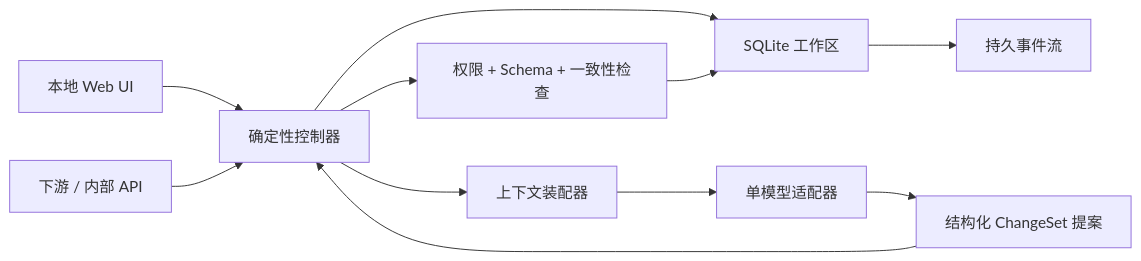
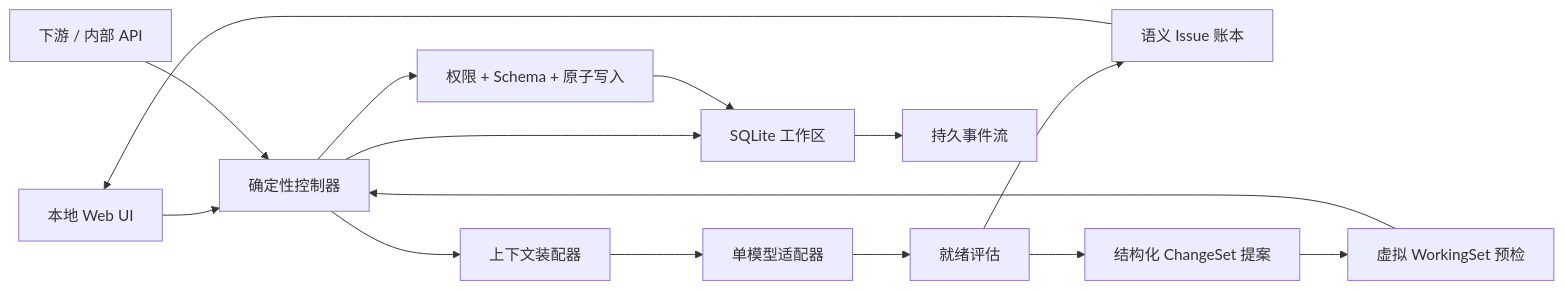
One commit to Octmoe/TreeDiagram changed the third of 3 diagrams in V1_SPEC.md. Above: the diagram before and after it, drawn with Mermaid. The commit also changed other lines of this file and 4 other files, not shown here.

Commit message:
docs: define clarification-aware workflow architecture

````diff
--- a/V1_SPEC.md
+++ b/V1_SPEC.md
@@ -337,13 +337,17 @@
 ```mermaid
 flowchart LR
   UI["本地 Web UI"] --> C["确定性控制器"]
   API["下游 / 内部 API"] --> C
   C --> DB["SQLite 工作区"]
   C --> CTX["上下文装配器"]
   CTX --> LLM["单模型适配器"]
-  LLM --> PROP["结构化 ChangeSet 提案"]
-  PROP --> C
-  C --> CHECK["权限 + Schema + 一致性检查"]
+  LLM --> READY["就绪评估"]
+  READY --> ISSUES["语义 Issue 账本"]
+  ISSUES --> UI
+  READY --> PROP["结构化 ChangeSet 提案"]
+  PROP --> PREFLIGHT["虚拟 WorkingSet 预检"]
+  PREFLIGHT --> C
+  C --> CHECK["权限 + Schema + 原子写入"]
   CHECK --> DB
   DB --> EVT["持久事件流"]
 ```
````
